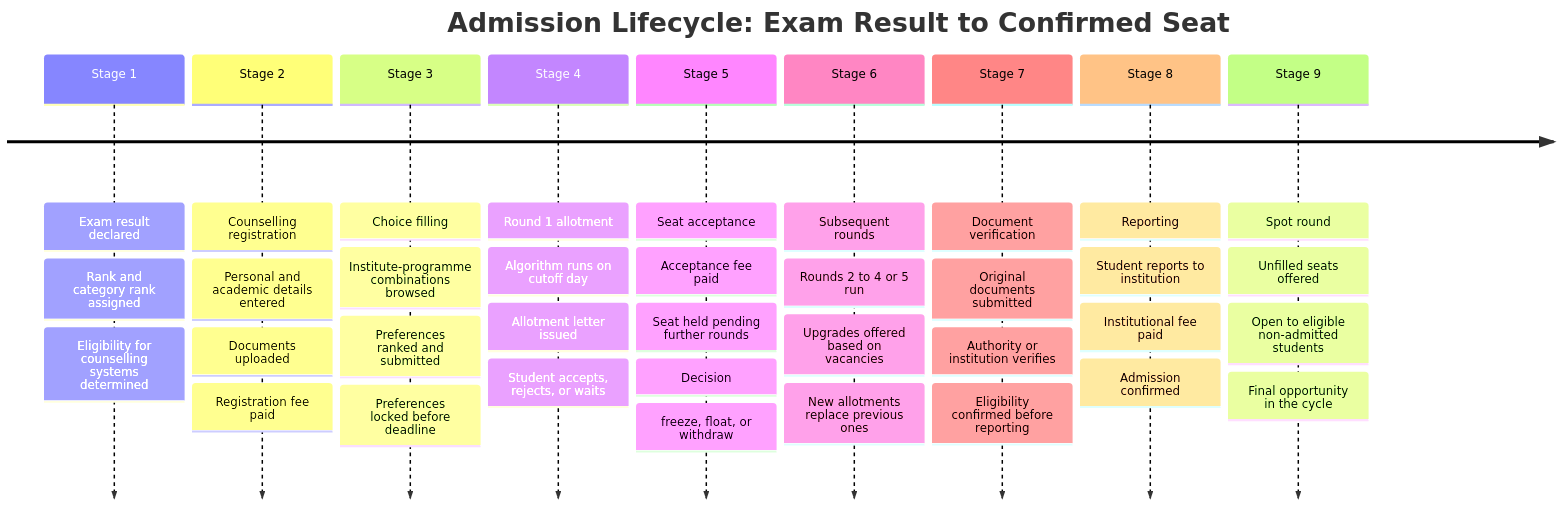
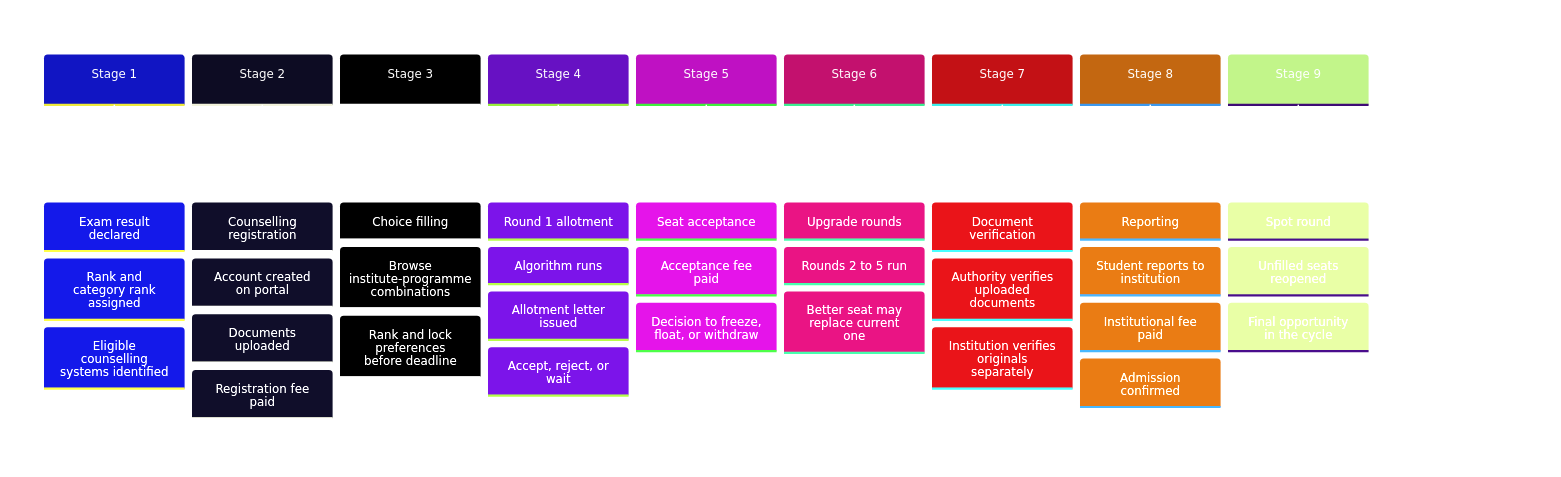
Before and after one commit to aashrutsharma2/docs: the first of 4 diagrams in blueprint/admission-lifecycle.mdx, drawn with Mermaid. The commit also changed other lines of this file and 3 other files, not shown here.

````diff
--- a/blueprint/admission-lifecycle.mdx
+++ b/blueprint/admission-lifecycle.mdx
@@ -17,48 +17,61 @@
 ```mermaid
+%%{init: {
+  'theme': 'base',
+  'themeVariables': {
+    'primaryColor': '#6366f1',
+    'primaryTextColor': '#ffffff',
+    'primaryBorderColor': '#4f46e5',
+    'lineColor': '#8b5cf6',
+    'secondaryColor': '#312e81',
+    'tertiaryColor': '#1e1b4b',
+    'background': 'transparent',
+    'mainBkg': '#6366f1',
+    'nodeBorder': '#4f46e5',
+    'clusterBkg': '#1e1b4b',
+    'titleColor': '#a5b4fc',
+    'edgeLabelBackground': '#1e293b',
+    'fontFamily': 'Inter, sans-serif'
+  }
+}}%%
 timeline
     title Admission Lifecycle: Exam Result to Confirmed Seat
 
     Stage 1 : Exam result declared
             : Rank and category rank assigned
-            : Eligibility for counselling systems determined
+            : Eligible counselling systems identified
 
     Stage 2 : Counselling registration
-            : Personal and academic details entered
+            : Account created on portal
             : Documents uploaded
             : Registration fee paid
 
     Stage 3 : Choice filling
-            : Institute-programme combinations browsed
-            : Preferences ranked and submitted
-            : Preferences locked before deadline
+            : Browse institute-programme combinations
+            : Rank and lock preferences before deadline
 
     Stage 4 : Round 1 allotment
-            : Algorithm runs on cutoff day
+            : Algorithm runs
             : Allotment letter issued
-            : Student accepts, rejects, or waits
+            : Accept, reject, or wait
 
     Stage 5 : Seat acceptance
             : Acceptance fee paid
-            : Seat held pending further rounds
-            : Decision: freeze, float, or withdraw
+            : Decision to freeze, float, or withdraw
 
-    Stage 6 : Subsequent rounds
-            : Rounds 2 to 4 or 5 run
-            : Upgrades offered based on vacancies
-            : New allotments replace previous ones
+    Stage 6 : Upgrade rounds
+            : Rounds 2 to 5 run
+            : Better seat may replace current one
 
     Stage 7 : Document verification
-            : Original documents submitted
-            : Authority or institution verifies
-            : Eligibility confirmed before reporting
+            : Authority verifies uploaded documents
+            : Institution verifies originals separately
 
     Stage 8 : Reporting
             : Student reports to institution
             : Institutional fee paid
             : Admission confirmed
 
     Stage 9 : Spot round
-            : Unfilled seats offered
-            : Open to eligible non-admitted students
+            : Unfilled seats reopened
             : Final opportunity in the cycle
 ```
````
